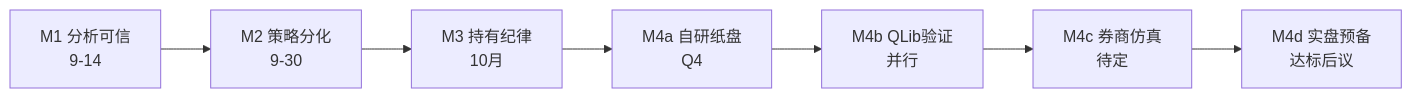
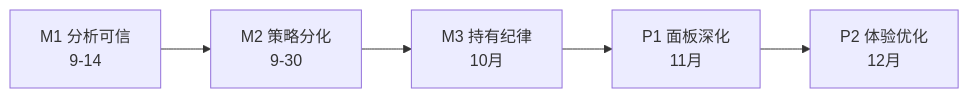
The diagram in docs/roadmap.md (oldfunk/stock-dashboard), drawn with Mermaid before and after one commit. The commit also changed other lines of this file and 13 other files, not shown here.

````diff
--- a/docs/roadmap.md
+++ b/docs/roadmap.md
@@ -8,9 +8,7 @@
 ```mermaid
 flowchart LR
     M1[M1 分析可信<br/>9-14] --> M2[M2 策略分化<br/>9-30]
     M2 --> M3[M3 持有纪律<br/>10月]
-    M3 --> M4a[M4a 自研纸盘<br/>Q4]
-    M4a --> M4b[M4b QLib验证<br/>并行]
-    M4b --> M4c[M4c 券商仿真<br/>待定]
-    M4c --> M4d[M4d 实盘预备<br/>达标后议]
+    M3 --> P1[P1 面板深化<br/>11月]
+    P1 --> P2[P2 体验优化<br/>12月]
 ```
````
